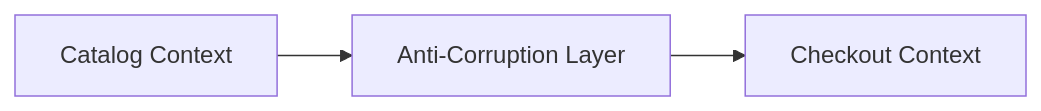
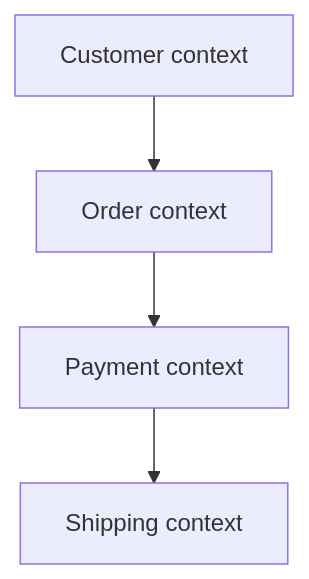
Before and after one commit to hareramcse/SystemDesign: diagram 14 of 28 in 08-microservices/README.md, drawn with Mermaid. The commit also changed other lines of this file, not shown here.

````diff
--- a/08-microservices/README.md
+++ b/08-microservices/README.md
@@ -701,5 +1113,6 @@
 ```mermaid
-flowchart LR
-    BC1[Catalog Context] --> ACL[Anti-Corruption Layer]
-    ACL --> BC2[Checkout Context]
+flowchart TB
+    CU[Customer context] --> OR[Order context]
+    OR --> PA[Payment context]
+    PA --> SH[Shipping context]
 ```
````
